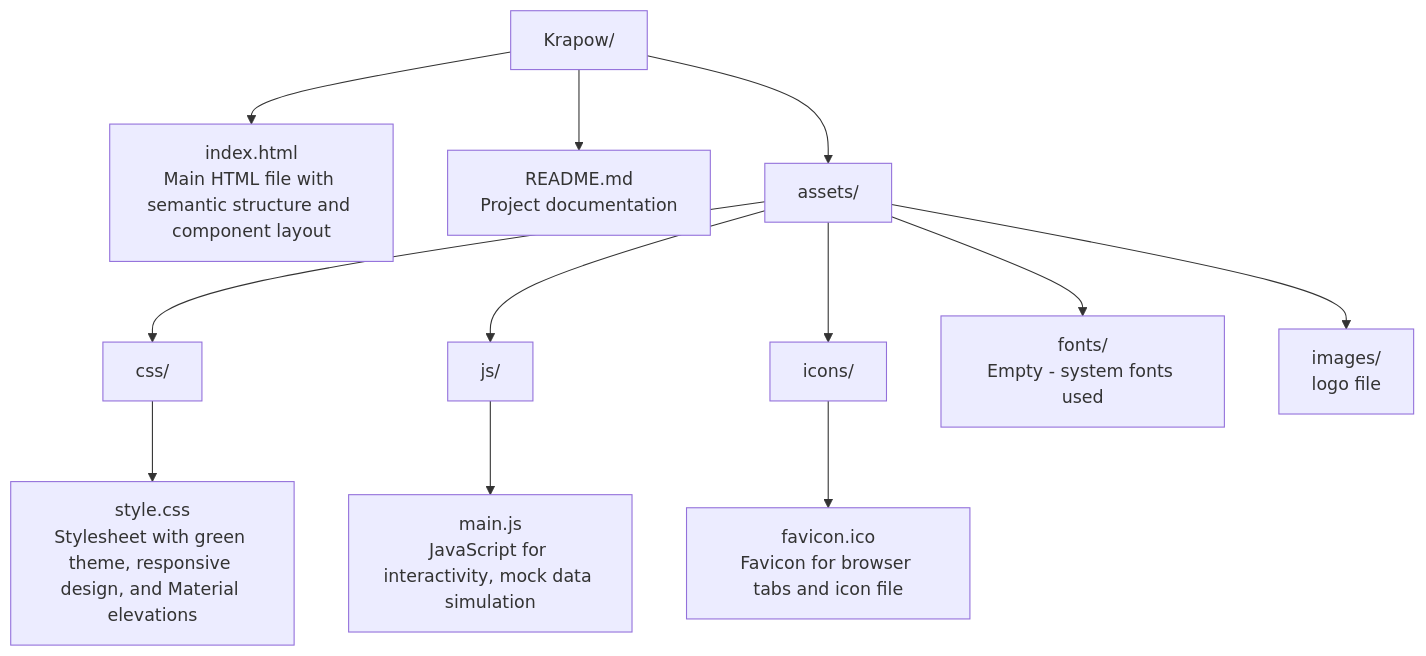
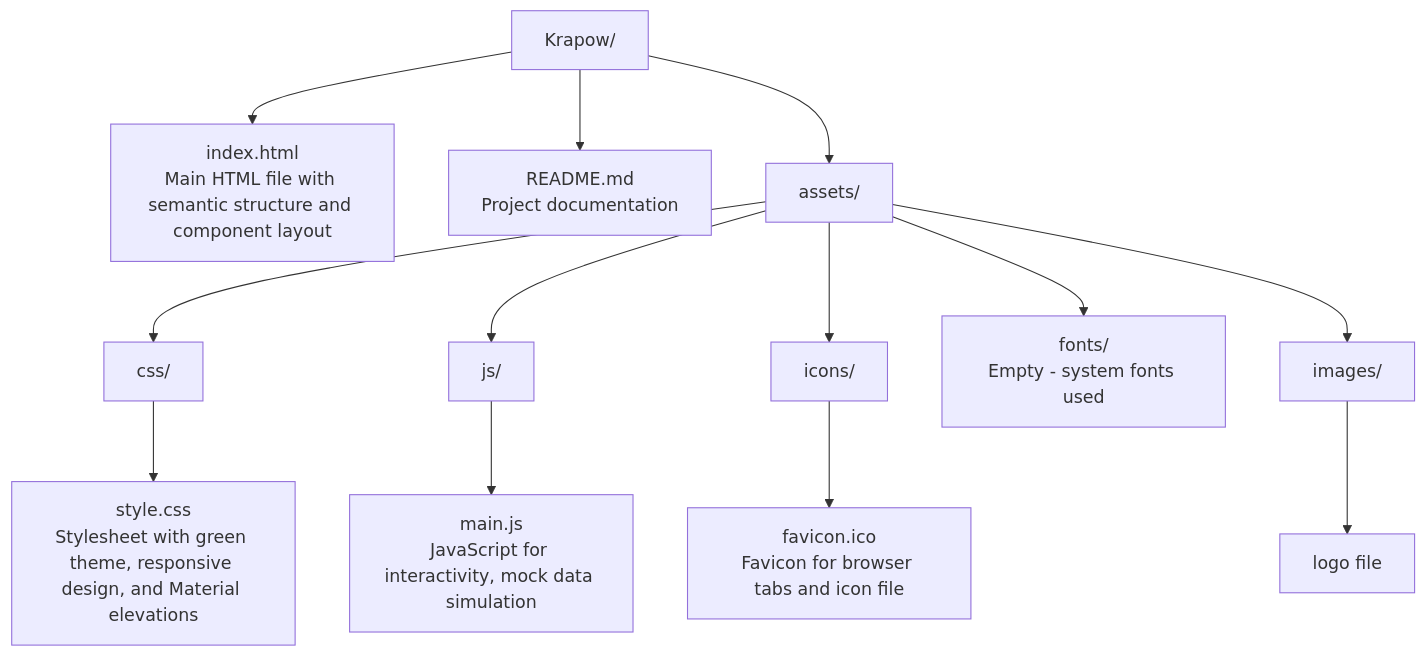
The second of 3 diagrams in krapow/Readme.md (panuwsan/panuwsan.github.io), drawn with Mermaid before and after one commit.

Commit message:
Edit mermaid

````diff
--- a/krapow/Readme.md
+++ b/krapow/Readme.md
@@ -209,14 +209,15 @@
 ```mermaid
 graph TD
     A[Krapow/] --> B[index.html<br/>Main HTML file with semantic structure and component layout]
     A --> C[README.md<br/>Project documentation]
     A --> D[assets/]
     D --> E[css/]
     E --> F[style.css<br/>Stylesheet with green theme, responsive design, and Material elevations]
     D --> G[js/]
     G --> H[main.js<br/>JavaScript for interactivity, mock data simulation]
     D --> I[icons/]
     I --> J[favicon.ico<br/>Favicon for browser tabs and icon file]
     D --> K[fonts/<br/>Empty - system fonts used]
-    D --> L[images/<br/>logo file]
+    D --> L[images/]
+    L --> M[logo file]
 ```
````
